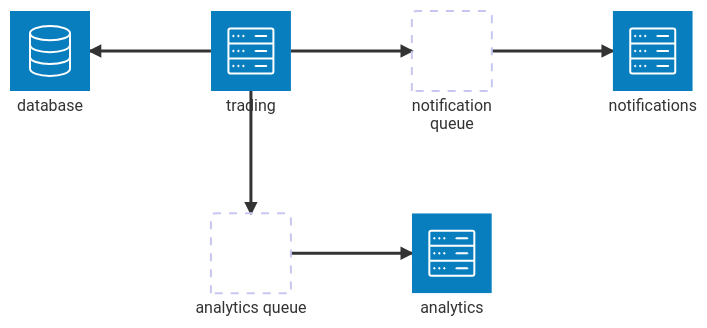
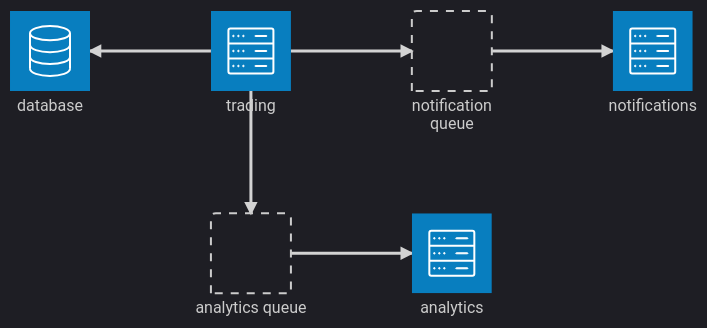
The fifth of 7 diagrams in theorieles 2/index.md (Copystrike/slides-ict-architecture), drawn with Mermaid before and after one commit. The commit also changed other lines of this file, not shown here.

Commit message:
Use dark Mermaid theme.

```diff
--- a/theorieles 2/index.md
+++ b/theorieles 2/index.md
@@ -269,19 +273,20 @@
 <div class="mermaid">
+%%{init: {'theme': 'dark', 'themeVariables': { 'darkMode': true }}}%%
 architecture-beta
 
     service trading(server)[trading]
     service notification_queue[notification queue]
     service analytics_queue[analytics queue]
     service notifications(server)[notifications]
     service analytics(server)[analytics]
     service db(database)[database]
     trading:L --> R:db
 
 
     trading:R --> L:notification_queue
     notification_queue:R --> L:notifications
 
     trading:B --> T:analytics_queue
     analytics_queue:R --> L:analytics
 
 </div>
```
